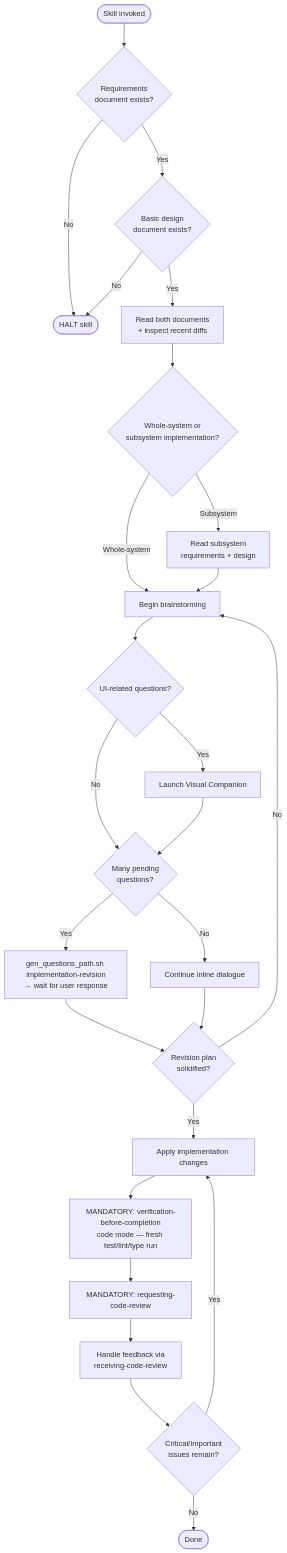
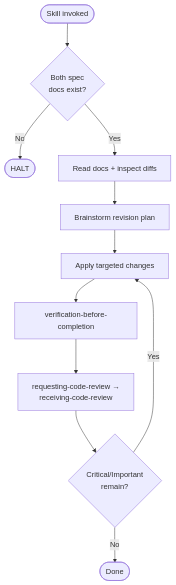
One commit to wintermaples/spec-coexist changed the diagram in .claude/skills/revising-implementation/SKILL.md. Above: the diagram before and after it, drawn with Mermaid. The commit also changed other lines of this file and 44 other files, not shown here.

````diff
--- a/.claude/skills/revising-implementation/SKILL.md
+++ b/.claude/skills/revising-implementation/SKILL.md
@@ -54,31 +35,13 @@
 ```mermaid
 flowchart TD
-    Start([Skill invoked]) --> Q1{Requirements<br/>document exists?}
-    Q1 -- No --> Stop([HALT skill])
-    Q1 -- Yes --> Q2{Basic design<br/>document exists?}
-    Q2 -- No --> Stop
-    Q2 -- Yes --> R[Read both documents<br/>+ inspect recent diffs]
-    R --> Q3{Whole-system or<br/>subsystem implementation?}
-    Q3 -- Subsystem --> S1[Read subsystem<br/>requirements + design]
-    Q3 -- Whole-system --> BS
-    S1 --> BS
-    BS[Begin brainstorming]
-    BS --> VC{UI-related questions?}
-    VC -- Yes --> VCStart[Launch Visual Companion]
-    VC -- No --> QCount
-    VCStart --> QCount
-    QCount{Many pending<br/>questions?}
-    QCount -- Yes --> WriteQ[gen_questions_path.sh implementation-revision<br/>→ wait for user response]
-    QCount -- No --> Continue[Continue inline dialogue]
-    WriteQ --> Clear
-    Continue --> Clear
-    Clear{Revision plan<br/>solidified?}
-    Clear -- No --> BS
-    Clear -- Yes --> Impl[Apply implementation changes]
-    Impl --> Verify[MANDATORY: verification-before-completion<br/>code mode — fresh test/lint/type run]
-    Verify --> Review[MANDATORY: requesting-code-review]
-    Review --> RFeedback[Handle feedback via<br/>receiving-code-review]
-    RFeedback --> RCrit{Critical/Important<br/>issues remain?}
-    RCrit -- Yes --> Impl
-    RCrit -- No --> End([Done])
+    Start([Skill invoked]) --> Q1{Both spec<br/>docs exist?}
+    Q1 -- No --> Stop([HALT])
+    Q1 -- Yes --> R[Read docs + inspect diffs]
+    R --> BS[Brainstorm revision plan]
+    BS --> Impl[Apply targeted changes]
+    Impl --> Verify[verification-before-completion]
+    Verify --> Review[requesting-code-review →<br/>receiving-code-review]
+    Review --> Crit{Critical/Important<br/>remain?}
+    Crit -- Yes --> Impl
+    Crit -- No --> End([Done])
 ```
````
